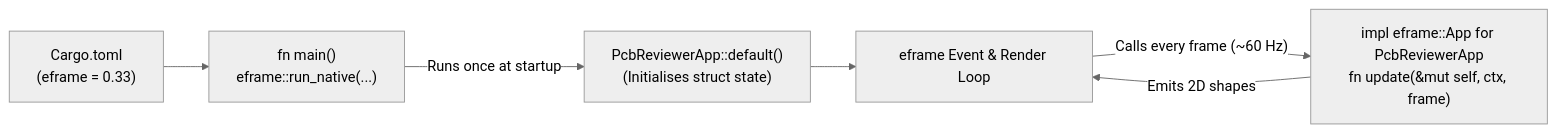
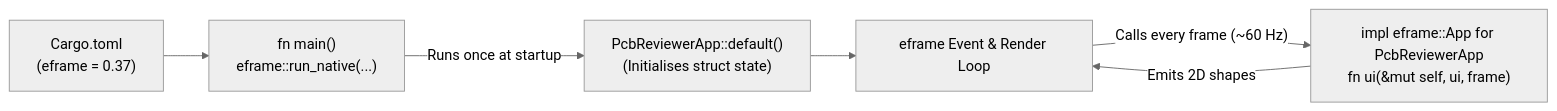
The diagram in lessons/0001-project-setup-and-eframe-boot.md (domesticmouse/learn-egui), drawn with Mermaid (neutral theme) before and after one commit. The commit also changed other lines of this file and 191 other files, not shown here.

````diff
--- a/lessons/0001-project-setup-and-eframe-boot.md
+++ b/lessons/0001-project-setup-and-eframe-boot.md
@@ -27,8 +27,8 @@
 ```mermaid
 flowchart LR
-    Cargo["Cargo.toml<br/>(eframe = 0.33)"] --> Main["fn main()<br/>eframe::run_native(...)"]
+    Cargo["Cargo.toml<br/>(eframe = 0.37)"] --> Main["fn main()<br/>eframe::run_native(...)"]
     Main -->|"Runs once at startup"| Init["PcbReviewerApp::default()<br/>(Initialises struct state)"]
     Init --> Loop["eframe Event & Render Loop"]
-    Loop -->|"Calls every frame (~60 Hz)"| Update["impl eframe::App for PcbReviewerApp<br/>fn update(&mut self, ctx, frame)"]
+    Loop -->|"Calls every frame (~60 Hz)"| Update["impl eframe::App for PcbReviewerApp<br/>fn ui(&mut self, ui, frame)"]
     Update -->|"Emits 2D shapes"| Loop
 ```
````
